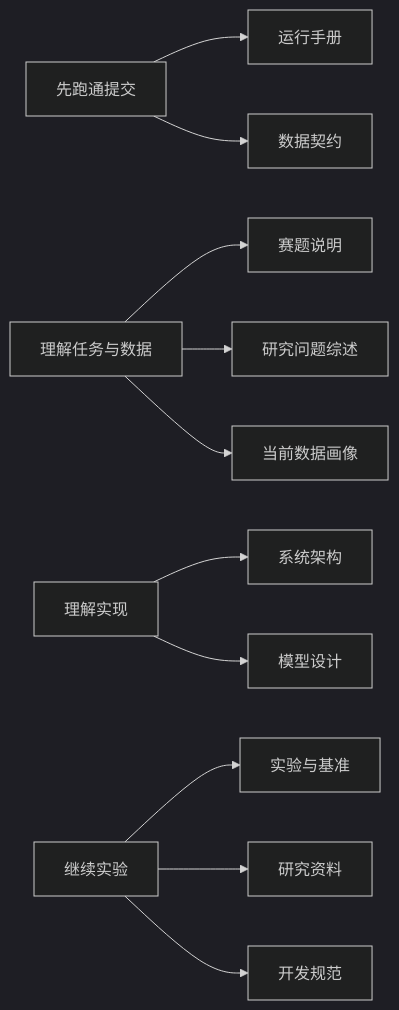
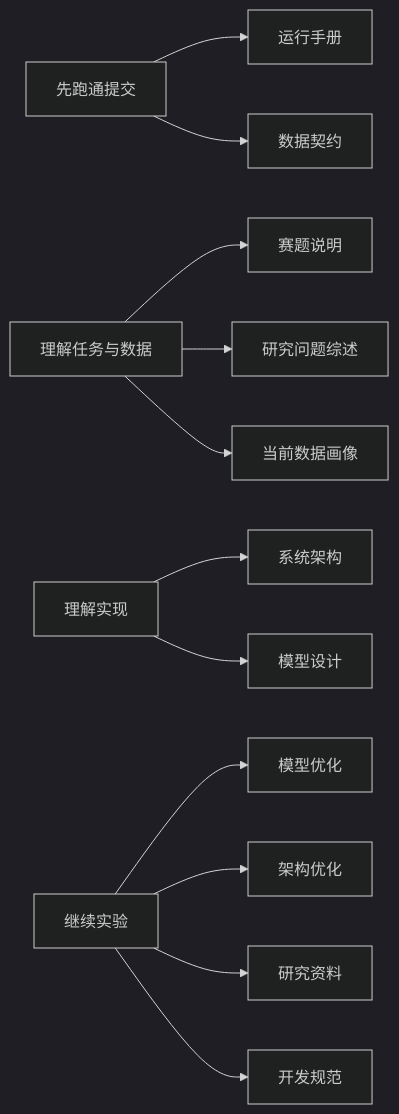
One commit to Puiching-Memory/jittor-GPNUT1-JGRec changed the first of 2 diagrams in docs/index.md. Above: the diagram before and after it, drawn with Mermaid (dark theme). The commit also changed other lines of this file and 25 other files, not shown here.

First line of the commit message:
重构核心数据类型为 NumPy 向量化表示，优化时序图采样与评估性能

````diff
--- a/docs/index.md
+++ b/docs/index.md
@@ -7,13 +7,14 @@
 ```mermaid
 flowchart LR
     A["先跑通提交"] --> B["运行手册"]
     A --> C["数据契约"]
     D["理解任务与数据"] --> E["赛题说明"]
     D --> F["研究问题综述"]
     D --> G["当前数据画像"]
     H["理解实现"] --> I["系统架构"]
     H --> J["模型设计"]
-    K["继续实验"] --> L["实验与基准"]
+    K["继续实验"] --> L["模型优化"]
+    K --> O["架构优化"]
     K --> M["研究资料"]
     K --> N["开发规范"]
 ```
````
